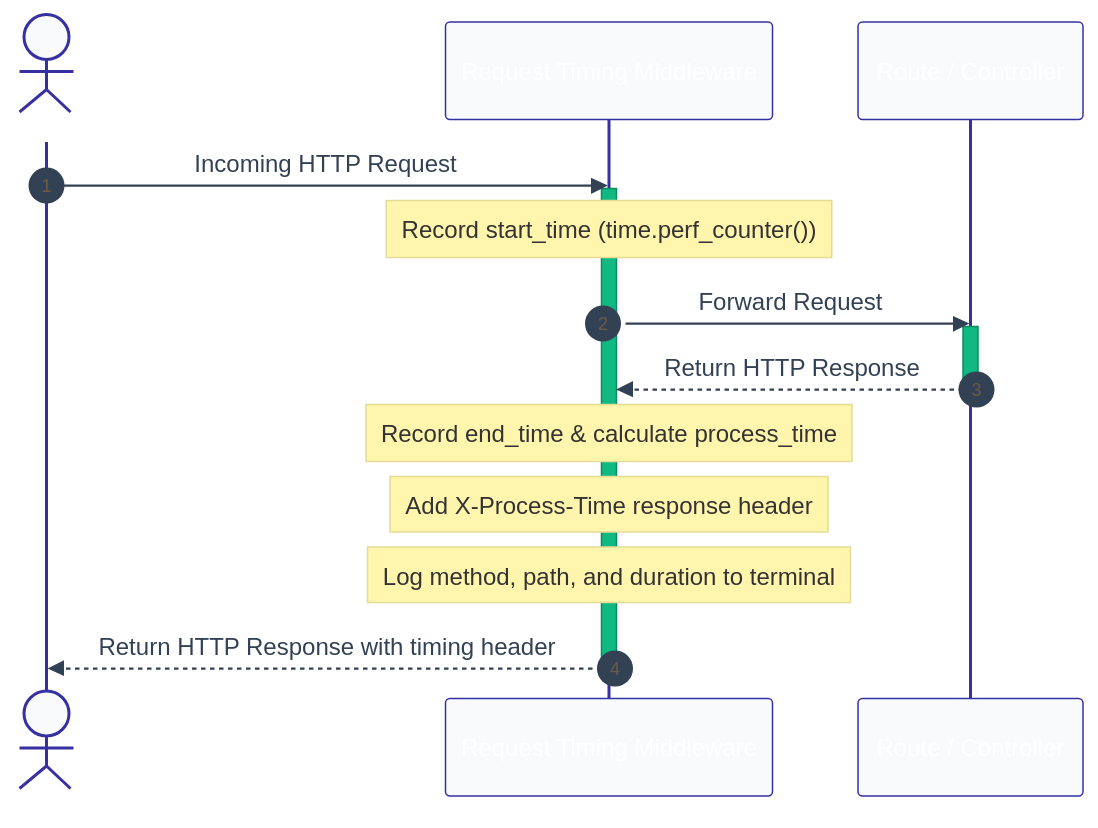
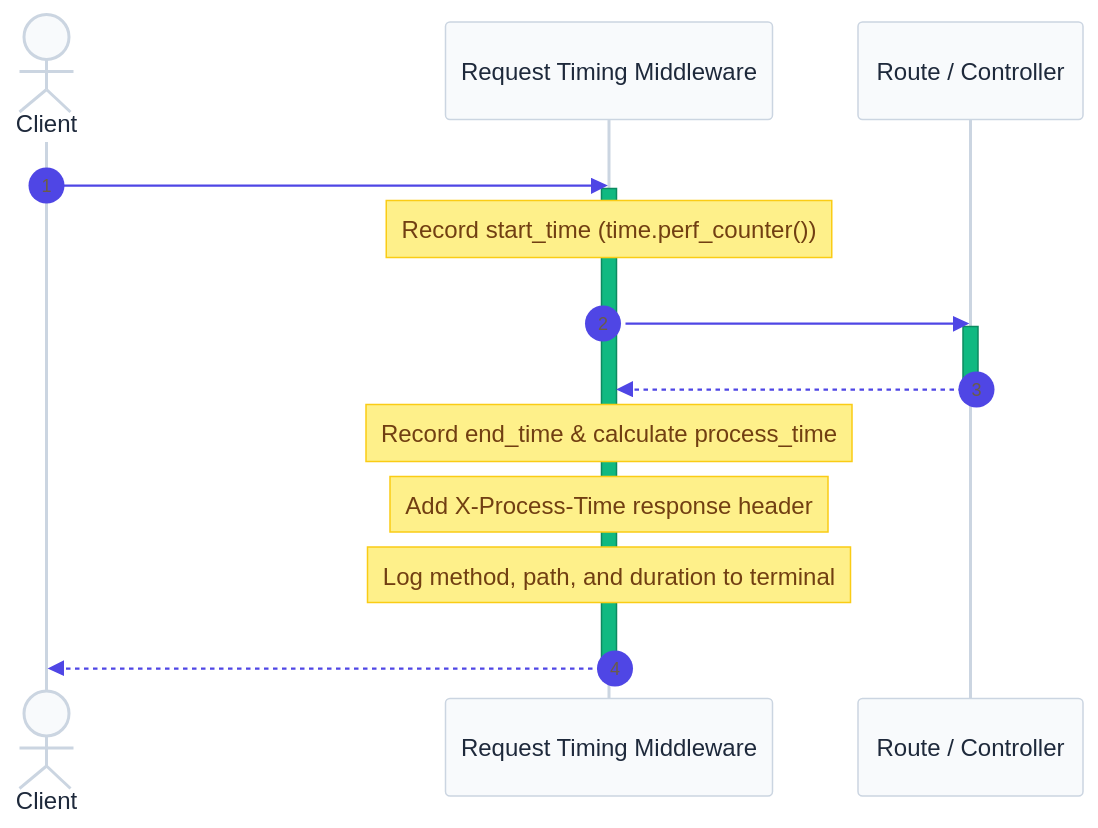
One commit to nakul-cloud/ecommerce-api changed the diagram in app/middleware/README.md. Above: the diagram before and after it, drawn with Mermaid. The commit also changed 6 other files, not shown here.

````diff
--- a/app/middleware/README.md
+++ b/app/middleware/README.md
@@ -17,24 +17,24 @@
 ```mermaid
-%%{init: {'theme': 'base', 'themeVariables': {'primaryColor': '#4f46e5', 'primaryTextColor': '#ffffff', 'primaryBorderColor': '#3730a3', 'lineColor': '#94a3b8', 'secondaryColor': '#10b981', 'tertiaryColor': '#f59e0b', 'background': '#ffffff', 'mainBkg': '#f8fafc', 'nodeBorder': '#cbd5e1', 'clusterBkg': '#f1f5f9', 'clusterBorder': '#e2e8f0', 'titleColor': '#1e293b', 'edgeLabelBackground': '#ffffff', 'textColor': '#334155'}}}%%
+%%{init: {'theme': 'base', 'themeVariables': {'primaryColor': '#4f46e5', 'primaryTextColor': '#ffffff', 'primaryBorderColor': '#3730a3', 'lineColor': '#94a3b8', 'secondaryColor': '#10b981', 'tertiaryColor': '#f59e0b', 'background': '#ffffff', 'mainBkg': '#f8fafc', 'nodeBorder': '#cbd5e1', 'nodeTextColor': '#1e293b', 'textColor': '#ffffff', 'titleColor': '#ffffff', 'edgeLabelBackground': '#1e293b', 'clusterBkg': '#f1f5f9', 'clusterBorder': '#e2e8f0', 'actorBkg': '#f8fafc', 'actorBorder': '#cbd5e1', 'actorTextColor': '#1e293b', 'signalColor': '#4f46e5', 'signalTextColor': '#ffffff', 'noteBkgColor': '#fef08a', 'noteBorderColor': '#facc15', 'noteTextColor': '#713f12'}}}%%
 sequenceDiagram
     autonumber
     actor Client
     participant Middleware as Request Timing Middleware
     participant App as Route / Controller
 
     Client->>Middleware: Incoming HTTP Request
     activate Middleware
     Note over Middleware: Record start_time (time.perf_counter())
     
     Middleware->>App: Forward Request
     activate App
     App-->>Middleware: Return HTTP Response
     deactivate App
     
     Note over Middleware: Record end_time & calculate process_time
     Note over Middleware: Add X-Process-Time response header
     Note over Middleware: Log method, path, and duration to terminal
     
     Middleware-->>Client: Return HTTP Response with timing header
     deactivate Middleware
 ```
````
